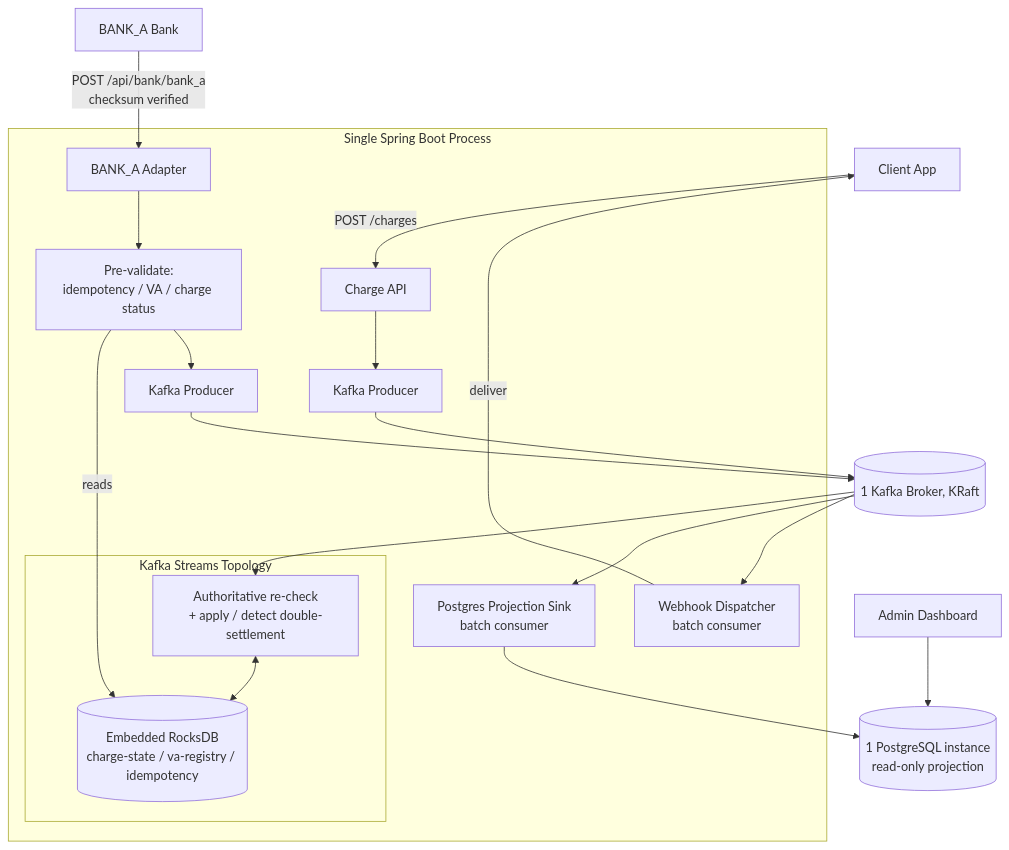
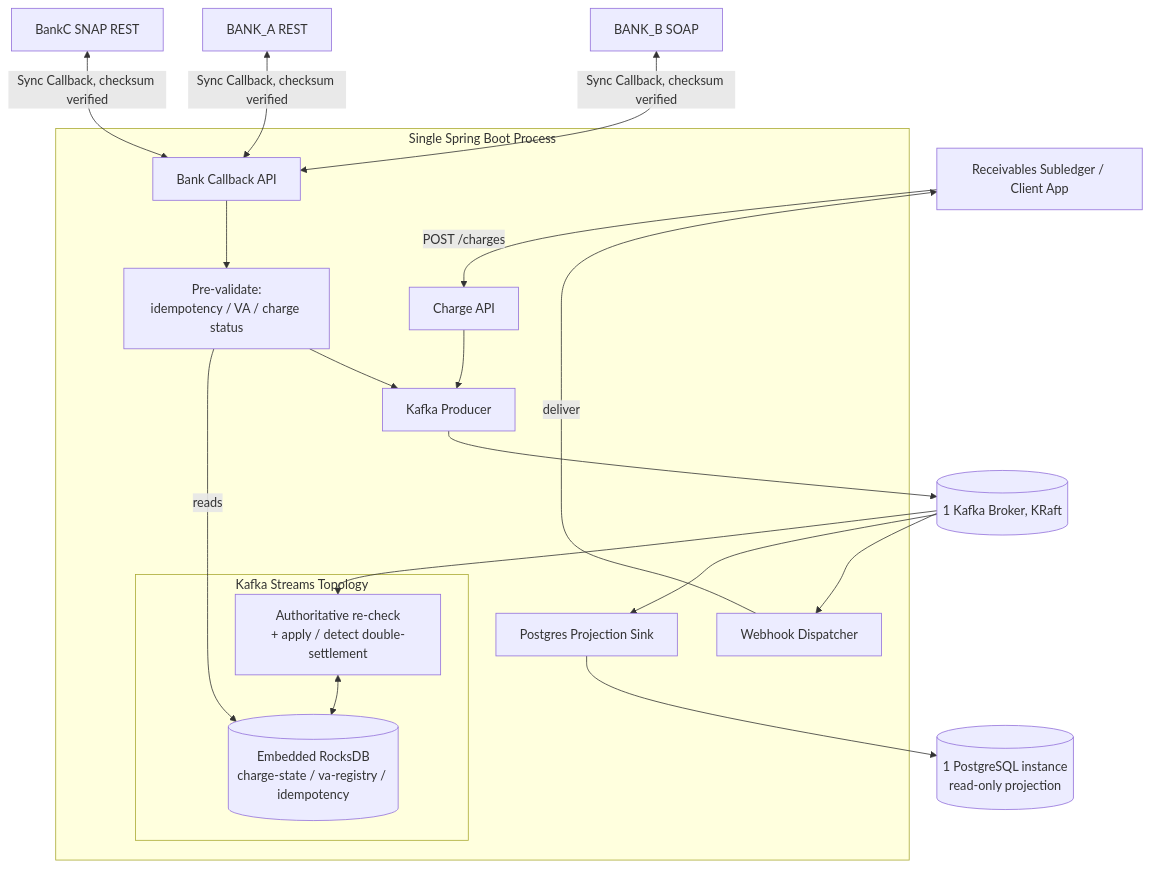
The second of 2 diagrams in docs/architecture-comparison.md (artivisi/payment-gateway), drawn with Mermaid before and after one commit. The commit also changed other lines of this file, not shown here.

````diff
--- a/docs/architecture-comparison.md
+++ b/docs/architecture-comparison.md
@@ -197,30 +68,30 @@
 ```mermaid
 flowchart TD
-  Client[Client App] -->|POST /charges| ChargeApi[Charge API]
-  Bank[BANK_A Bank] -->|POST /api/bank/bank_a<br/>checksum verified| BankAAdapter[BANK_A Adapter]
+  AR[Receivables Subledger / Client App] -->|POST /charges| ChargeApi[Charge API]
+  Bank1[BankC SNAP REST] <-->|Sync Callback, checksum verified| CallbackApi[Bank Callback API]
+  Bank2[BANK_A REST] <-->|Sync Callback, checksum verified| CallbackApi
+  Bank3[BANK_B SOAP] <-->|Sync Callback, checksum verified| CallbackApi
 
   subgraph JVM [Single Spring Boot Process]
-    ChargeApi --> KafkaProducer1[Kafka Producer]
-    BankAAdapter --> PreValidate[Pre-validate:<br/>idempotency / VA / charge status]
+    ChargeApi --> KafkaProducer[Kafka Producer]
+    CallbackApi --> PreValidate[Pre-validate:<br/>idempotency / VA / charge status]
     PreValidate -->|reads| RocksDB[(Embedded RocksDB<br/>charge-state / va-registry / idempotency)]
-    PreValidate --> KafkaProducer2[Kafka Producer]
+    PreValidate --> KafkaProducer
 
     subgraph Streams [Kafka Streams Topology]
       Topology[Authoritative re-check<br/>+ apply / detect double-settlement]
       Topology <--> RocksDB
     end
 
-    ProjSink[Postgres Projection Sink<br/>batch consumer]
-    WebhookWorker[Webhook Dispatcher<br/>batch consumer]
+    ProjSink[Postgres Projection Sink]
+    WebhookWorker[Webhook Dispatcher]
   end
 
-  KafkaProducer1 --> Kafka[(1 Kafka Broker, KRaft)]
-  KafkaProducer2 --> Kafka
+  KafkaProducer --> Kafka[(1 Kafka Broker, KRaft)]
   Kafka --> Topology
   Kafka --> ProjSink
   Kafka --> WebhookWorker
 
   ProjSink --> Postgres[(1 PostgreSQL instance<br/>read-only projection)]
-  WebhookWorker -->|deliver| Client
-  AdminUI[Admin Dashboard] --> Postgres
+  WebhookWorker -->|deliver| AR
 ```
````
